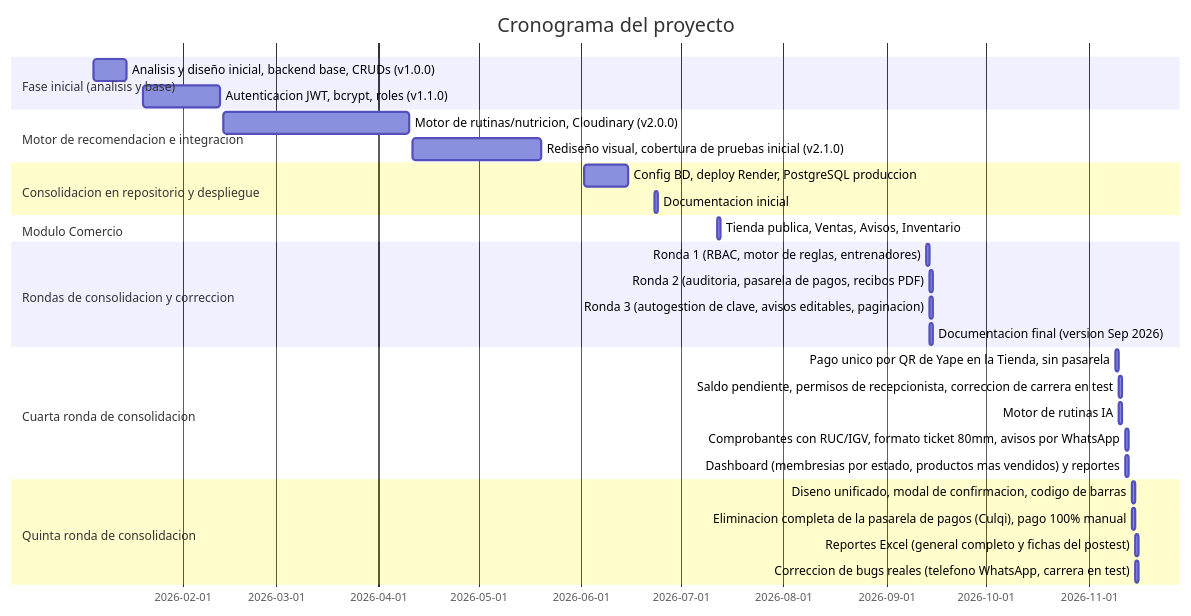
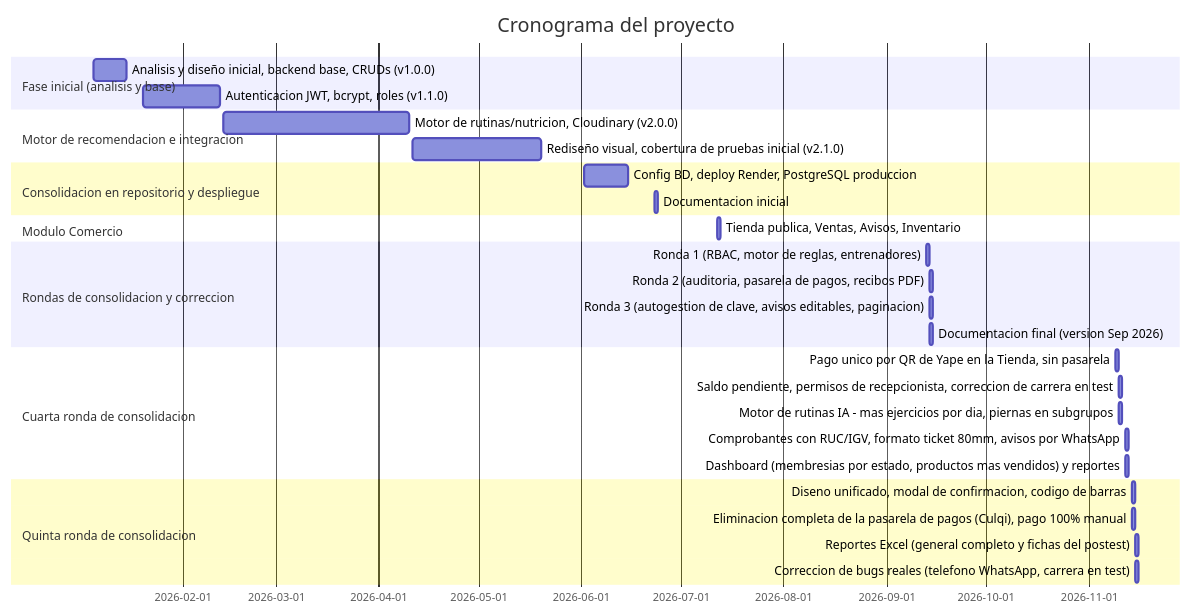
Before and after one commit to KeenGuerra/GleyforGymInvestigacion: the fourth of 10 diagrams in docs/07_Gestion_Proyecto/Intervencion_Metodologica.md, drawn with Mermaid. The commit also changed other lines of this file and 2 other files, not shown here.

````diff
--- a/docs/07_Gestion_Proyecto/Intervencion_Metodologica.md
+++ b/docs/07_Gestion_Proyecto/Intervencion_Metodologica.md
@@ -230,32 +231,32 @@
 ```mermaid
 gantt
     dateFormat YYYY-MM-DD
     title Cronograma del proyecto
     section Fase inicial (analisis y base)
     Analisis y diseño inicial, backend base, CRUDs (v1.0.0) :2026-01-05, 2026-01-15
     Autenticacion JWT, bcrypt, roles (v1.1.0) :2026-01-20, 2026-02-12
     section Motor de recomendacion e integracion
     Motor de rutinas/nutricion, Cloudinary (v2.0.0) :2026-02-13, 2026-04-10
     Rediseño visual, cobertura de pruebas inicial (v2.1.0) :2026-04-11, 2026-05-20
     section Consolidacion en repositorio y despliegue
     Config BD, deploy Render, PostgreSQL produccion :2026-06-02, 2026-06-15
     Documentacion inicial :2026-06-23, 1d
     section Modulo Comercio
     Tienda publica, Ventas, Avisos, Inventario :2026-07-12, 2026-07-13
     section Rondas de consolidacion y correccion
     Ronda 1 (RBAC, motor de reglas, entrenadores) :2026-09-13, 1d
     Ronda 2 (auditoria, pasarela de pagos, recibos PDF) :2026-09-14, 1d
     Ronda 3 (autogestion de clave, avisos editables, paginacion) :2026-09-14, 1d
     Documentacion final (version Sep 2026) :2026-09-14, 2026-09-15
     section Cuarta ronda de consolidacion
     Pago unico por QR de Yape en la Tienda, sin pasarela :2026-11-09, 2026-11-10
     Saldo pendiente, permisos de recepcionista, correccion de carrera en test :2026-11-10, 1d
-    Motor de rutinas IA: mas ejercicios por dia, piernas en subgrupos :2026-11-10, 1d
+    Motor de rutinas IA - mas ejercicios por dia, piernas en subgrupos :2026-11-10, 1d
     Comprobantes con RUC/IGV, formato ticket 80mm, avisos por WhatsApp :2026-11-12, 1d
     Dashboard (membresias por estado, productos mas vendidos) y reportes :2026-11-12, 1d
     section Quinta ronda de consolidacion
     Diseno unificado, modal de confirmacion, codigo de barras :2026-11-14, 1d
     Eliminacion completa de la pasarela de pagos (Culqi), pago 100% manual :2026-11-14, 1d
     Reportes Excel (general completo y fichas del postest) :2026-11-15, 1d
     Correccion de bugs reales (telefono WhatsApp, carrera en test) :2026-11-15, 1d
 ```
````
